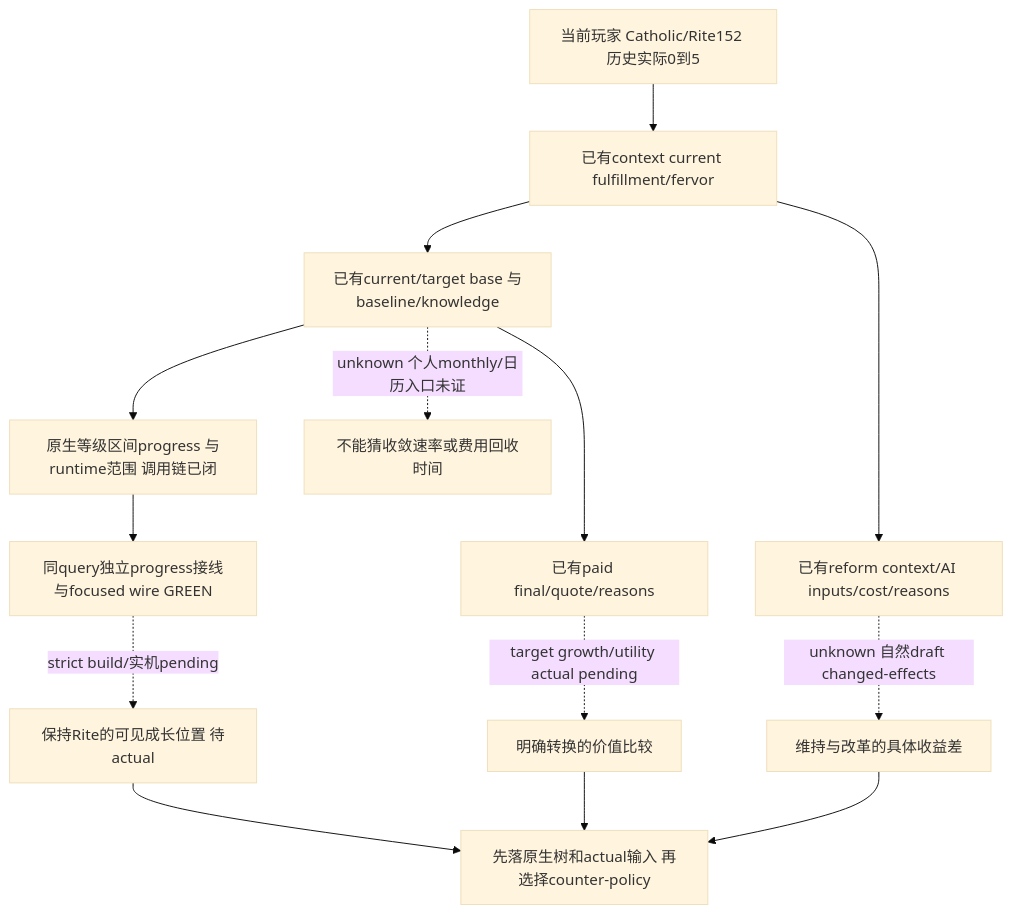
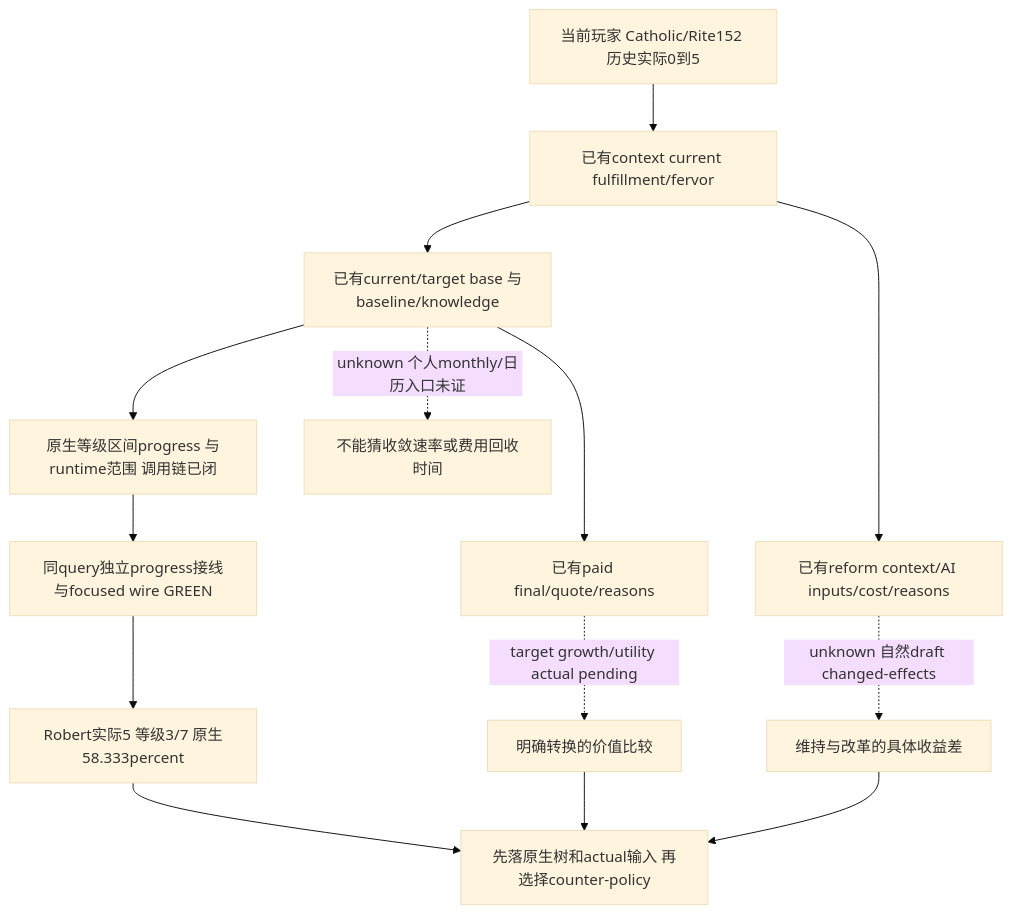
One commit to XenoAmess/ck3_eternal_recurrence changed the diagram in docs/ck3-native-ai/religion-spiritual-growth-and-maintenance-native-ai-12003.md. Above: the diagram before and after it, drawn with Mermaid (base theme). The commit also changed other lines of this file and 10 other files, not shown here.

````diff
--- a/docs/ck3-native-ai/religion-spiritual-growth-and-maintenance-native-ai-12003.md
+++ b/docs/ck3-native-ai/religion-spiritual-growth-and-maintenance-native-ai-12003.md
@@ -35,16 +35,16 @@
 ```mermaid
 flowchart TD
     A[当前玩家 Catholic/Rite152 历史实际0到5] --> B[已有context current fulfillment/fervor]
     B --> C[已有current/target base 与baseline/knowledge]
     C --> D[原生等级区间progress 与runtime范围 调用链已闭]
     D --> L[同query独立progress接线与focused wire GREEN]
-    L -. strict build/实机pending .-> E[保持Rite的可见成长位置 待actual]
+    L --> E[Robert实际5 等级3/7 原生58.333percent]
     C -. unknown 个人monthly/日历入口未证 .-> K[不能猜收敛速率或费用回收时间]
     C --> F[已有paid final/quote/reasons]
     F -. target growth/utility actual pending .-> G[明确转换的价值比较]
     B --> H[已有reform context/AI inputs/cost/reasons]
     H -. unknown 自然draft changed-effects .-> I[维持与改革的具体收益差]
     E --> J[先落原生树和actual输入 再选择counter-policy]
     G --> J
     I --> J
 ```
````
